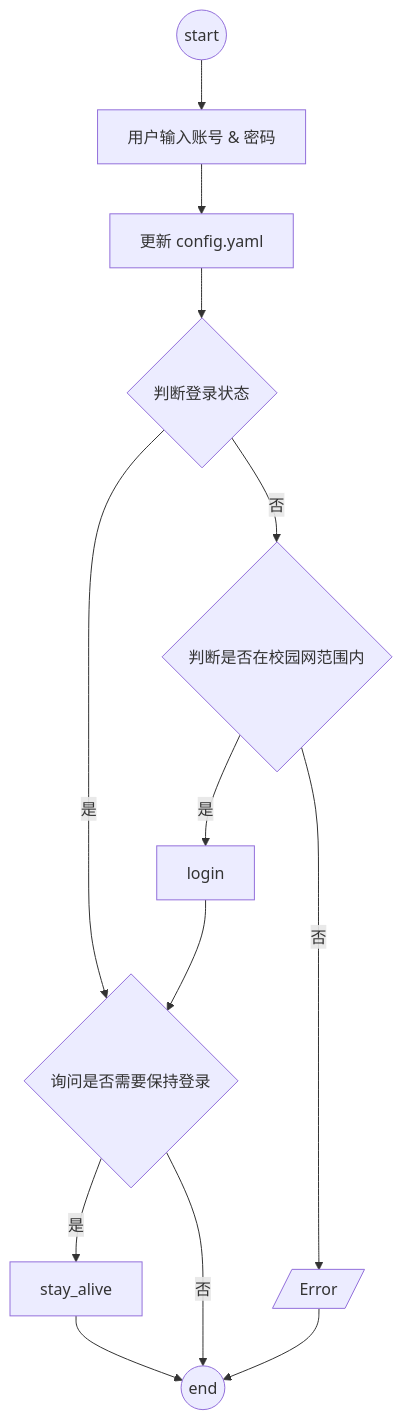
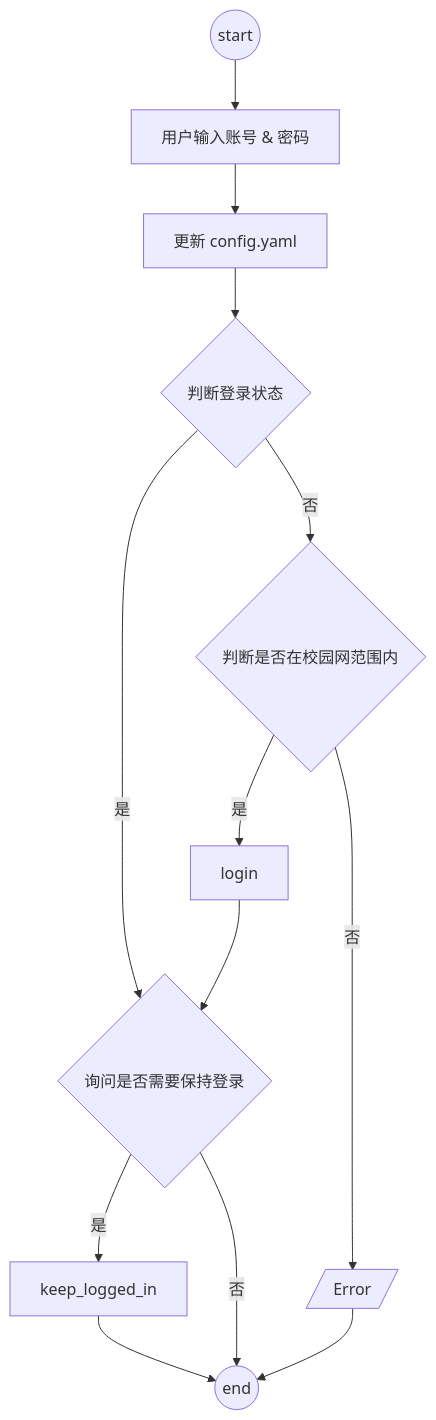
One commit to ermengchao/cnc changed the diagram in README.md. Above: the diagram before and after it, drawn with Mermaid. The commit also changed other lines of this file and 13 other files, not shown here.

````diff
--- a/README.md
+++ b/README.md
@@ -101,15 +101,15 @@
 ```mermaid
 graph TD
 A((start)) --> B[用户输入账号 & 密码]
 B --> C[更新 config.yaml]
 C --> D{判断登录状态}
 D -->|是| I{询问是否需要保持登录}
 D -->|否| E{判断是否在校园网范围内}
 E -->|是| F[login]
 E -->|否| G[/Error/]
 F --> I
 G --> H((end))
-I -->|是| J[stay_alive]
+I -->|是| J[keep_logged_in]
 I -->|否| H
 J --> H
 ```
````
